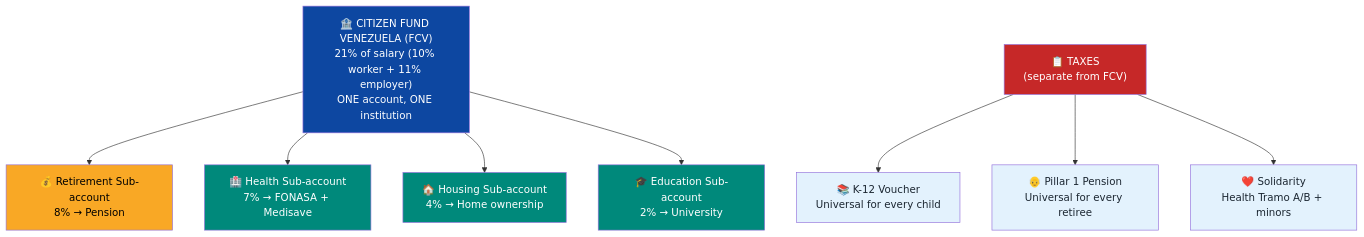
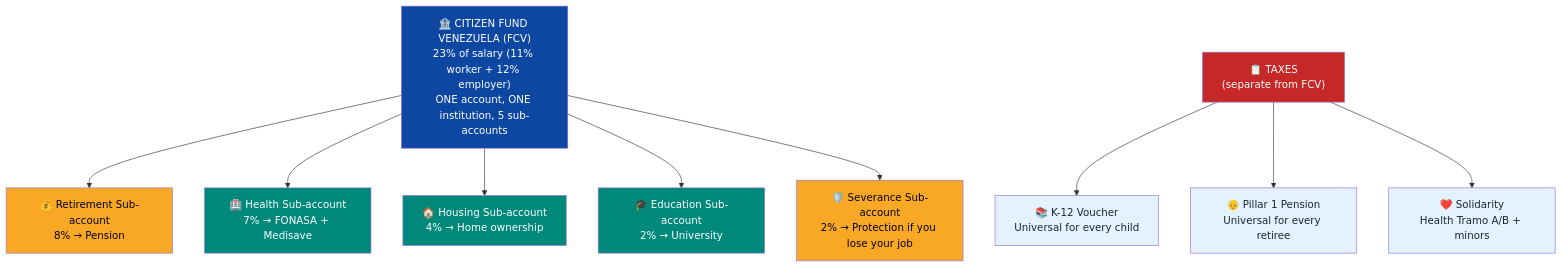
Before and after one commit to Venezuela-S-A/venezuela-sa: the second of 15 diagrams in i18n/en/docusaurus-plugin-content-docs/current/04-gobernanza/modelo-estado.md, drawn with Mermaid. The commit also changed other lines of this file and 4 other files, not shown here.

````diff
--- a/i18n/en/docusaurus-plugin-content-docs/current/04-gobernanza/modelo-estado.md
+++ b/i18n/en/docusaurus-plugin-content-docs/current/04-gobernanza/modelo-estado.md
@@ -113,23 +169,25 @@
 ```mermaid
 flowchart TB
-    FCV["🏦 CITIZEN FUND VENEZUELA (FCV)<br/>21% of salary (10% worker + 11% employer)<br/>ONE account, ONE institution"]
+    FCV["🏦 CITIZEN FUND VENEZUELA (FCV)<br/>23% of salary (11% worker + 12% employer)<br/>ONE account, ONE institution, 5 sub-accounts"]
     FCV --> RET["💰 Retirement Sub-account<br/>8% → Pension"]
     FCV --> SAL["🏥 Health Sub-account<br/>7% → FONASA + Medisave"]
     FCV --> VIV["🏠 Housing Sub-account<br/>4% → Home ownership"]
     FCV --> EDU["🎓 Education Sub-account<br/>2% → University"]
+    FCV --> CES["🛡️ Severance Sub-account<br/>2% → Protection if you lose your job"]
 
     TAX["📋 TAXES<br/>(separate from FCV)"]
     TAX --> VK12["📚 K-12 Voucher<br/>Universal for every child"]
     TAX --> P1["👴 Pillar 1 Pension<br/>Universal for every retiree"]
     TAX --> SOL["❤️ Solidarity<br/>Health Tramo A/B + minors"]
 
     style FCV fill:#0D47A1,color:#fff
     style RET fill:#F9A825,color:#000
     style SAL fill:#00897B,color:#fff
     style VIV fill:#00897B,color:#fff
     style EDU fill:#00897B,color:#fff
+    style CES fill:#F9A825,color:#000
     style TAX fill:#C62828,color:#fff
     style VK12 fill:#E3F2FD,color:#1B2631
     style P1 fill:#E3F2FD,color:#1B2631
     style SOL fill:#E3F2FD,color:#1B2631
 ```
````
